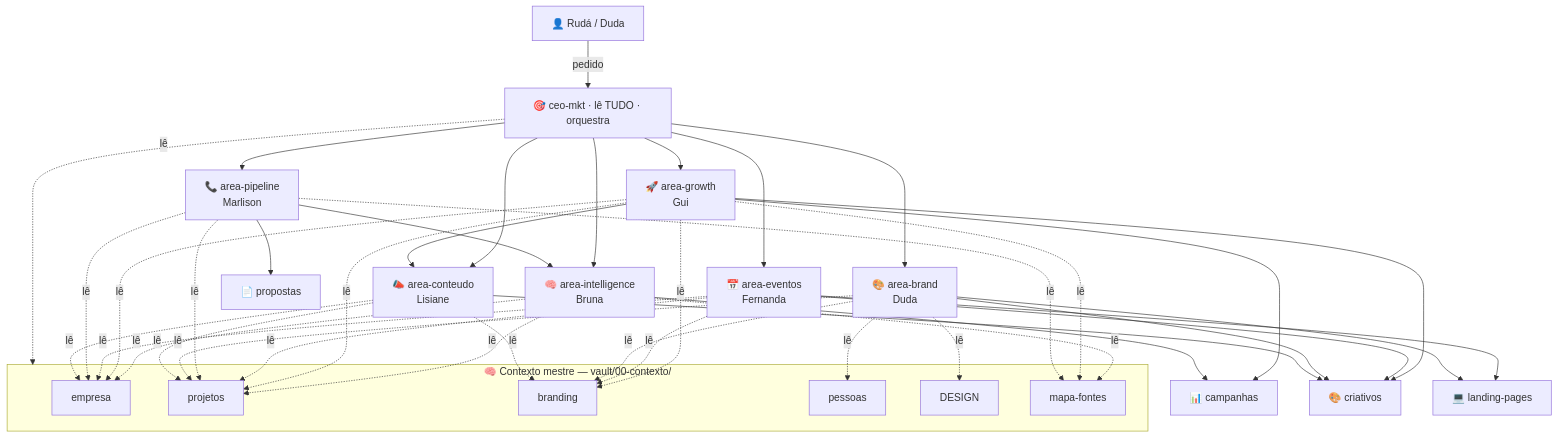
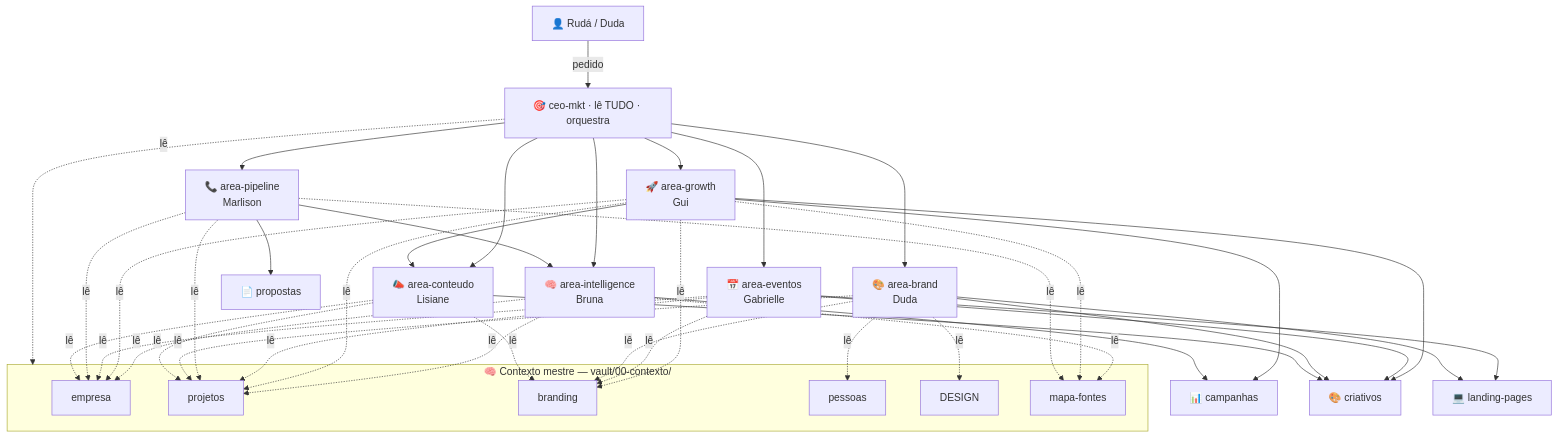
One commit to RudaCosta/epiuse-mkt-office changed the diagram in vault/agentes/_mapa-contexto.md. Above: the diagram before and after it, drawn with Mermaid. The commit also changed other lines of this file and 32 other files, not shown here.

````diff
--- a/vault/agentes/_mapa-contexto.md
+++ b/vault/agentes/_mapa-contexto.md
@@ -7,34 +7,34 @@
 ```mermaid
 graph TD
     H[👤 Rudá / Duda] -->|pedido| CEO
 
     subgraph MESTRE["🧠 Contexto mestre — vault/00-contexto/"]
         EMP[empresa]; PRJ[projetos]; BRD[branding]; PES[pessoas]; DSG[DESIGN]; MAP[mapa-fontes]
     end
 
     CEO[🎯 ceo-mkt · lê TUDO · orquestra]
 
     CEO --> AI[🧠 area-intelligence<br/>Bruna]
     CEO --> AG[🚀 area-growth<br/>Gui]
-    CEO --> AE[📅 area-eventos<br/>Fernanda]
+    CEO --> AE[📅 area-eventos<br/>Gabrielle]
     CEO --> AP[📞 area-pipeline<br/>Marlison]
     CEO --> AB[🎨 area-brand<br/>Duda]
     CEO --> AC[📣 area-conteudo<br/>Lisiane]
 
     AG --> CAM & CRI & AC
     AE --> CRI & LP
     AP --> PRO & AI
     AB --> CRI & LP
     AC --> CRI
     AI --> CAM
 
     CRI[🎨 criativos]; LP[💻 landing-pages]; PRO[📄 propostas]; CAM[📊 campanhas]
 
     CEO -.lê.-> MESTRE
     AI -.lê.-> EMP & PRJ & MAP
     AG -.lê.-> EMP & PRJ & BRD & MAP
     AE -.lê.-> EMP & PRJ & BRD
     AP -.lê.-> EMP & PRJ & MAP
     AB -.lê.-> BRD & PES & DSG & PRJ
     AC -.lê.-> BRD & EMP & PRJ
 ```
````
